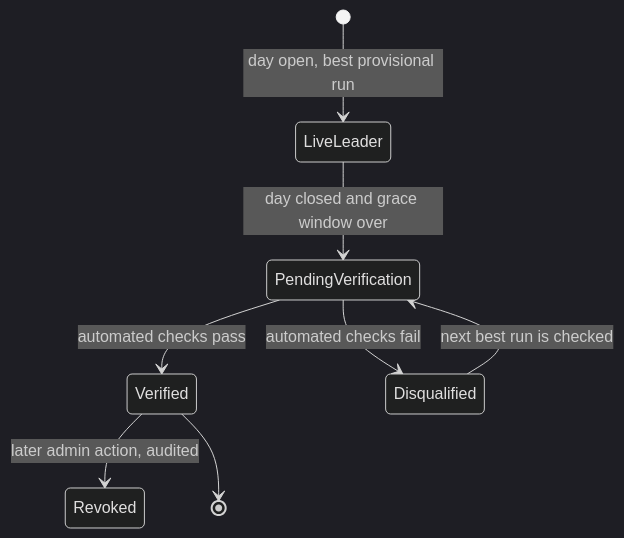
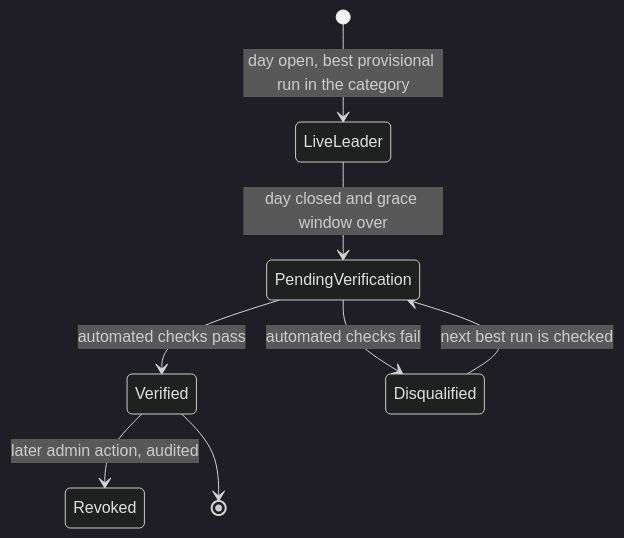
One commit to ricardoverita/cv-rush changed the first of 2 diagrams in docs/product/leaderboards.md. Above: the diagram before and after it, drawn with Mermaid (dark theme). The commit also changed other lines of this file and 31 other files, not shown here.

````diff
--- a/docs/product/leaderboards.md
+++ b/docs/product/leaderboards.md
@@ -50,10 +85,10 @@
 ```mermaid
 stateDiagram-v2
-  [*] --> LiveLeader: day open, best provisional run
+  [*] --> LiveLeader: day open, best provisional run in the category
   LiveLeader --> PendingVerification: day closed and grace window over
   PendingVerification --> Verified: automated checks pass
   PendingVerification --> Disqualified: automated checks fail
   Disqualified --> PendingVerification: next best run is checked
   Verified --> Revoked: later admin action, audited
   Verified --> [*]
 ```
````
